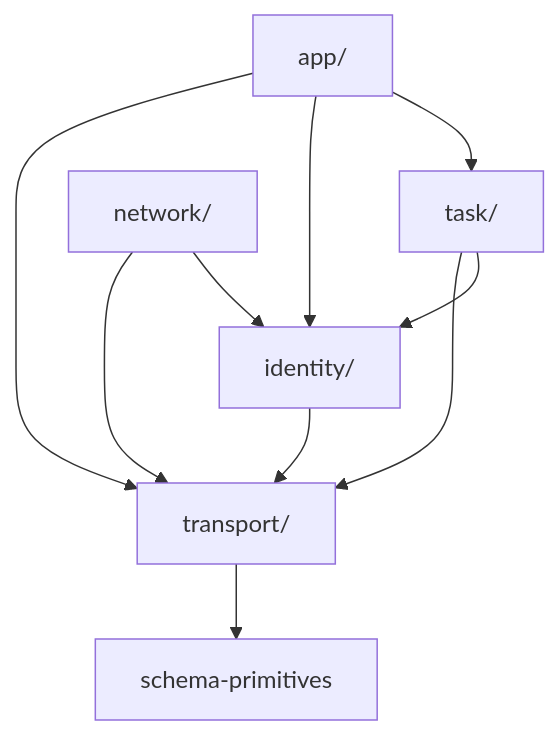
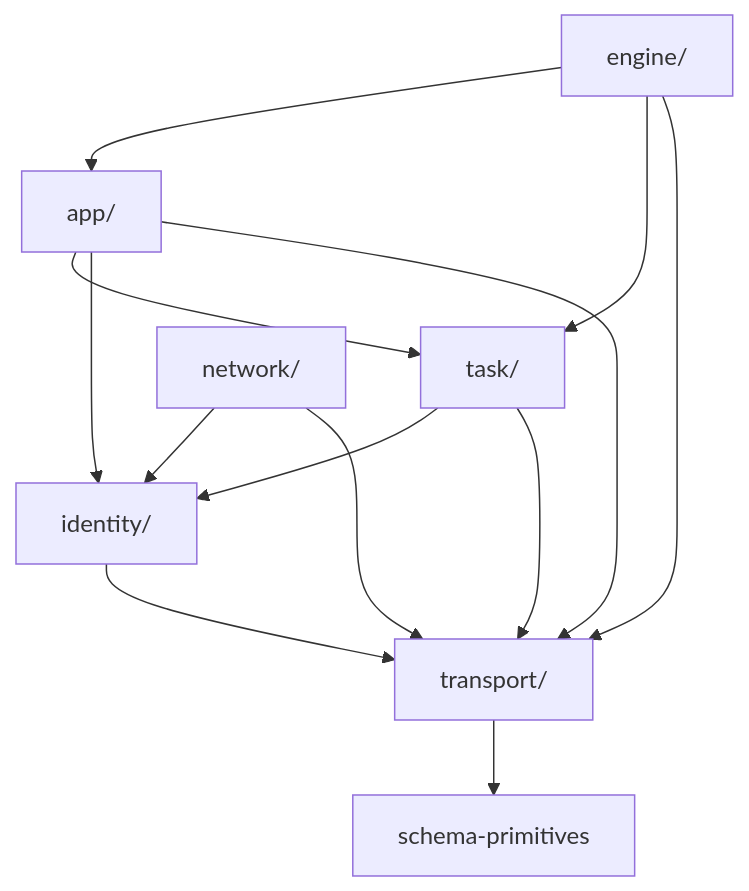
Before and after one commit to chughtapan/moltzap: the first of 2 diagrams in docs/modules/protocol/src.mdx, drawn with Mermaid. The commit also changed other lines of this file and 34 other files, not shown here.

````diff
--- a/docs/modules/protocol/src.mdx
+++ b/docs/modules/protocol/src.mdx
@@ -19,12 +19,15 @@
 ```mermaid
 flowchart TD
-  app[app/] --> task[task/]
+  engine[engine/] --> app[app/]
+  engine --> task[task/]
+  engine --> transport[transport/]
+  app --> task
   app --> identity[identity/]
-  app --> transport[transport/]
+  app --> transport
   task --> identity
   task --> transport
   network[network/] --> identity
   network --> transport
   identity --> transport
   transport --> schema[schema-primitives]
 ```
````
